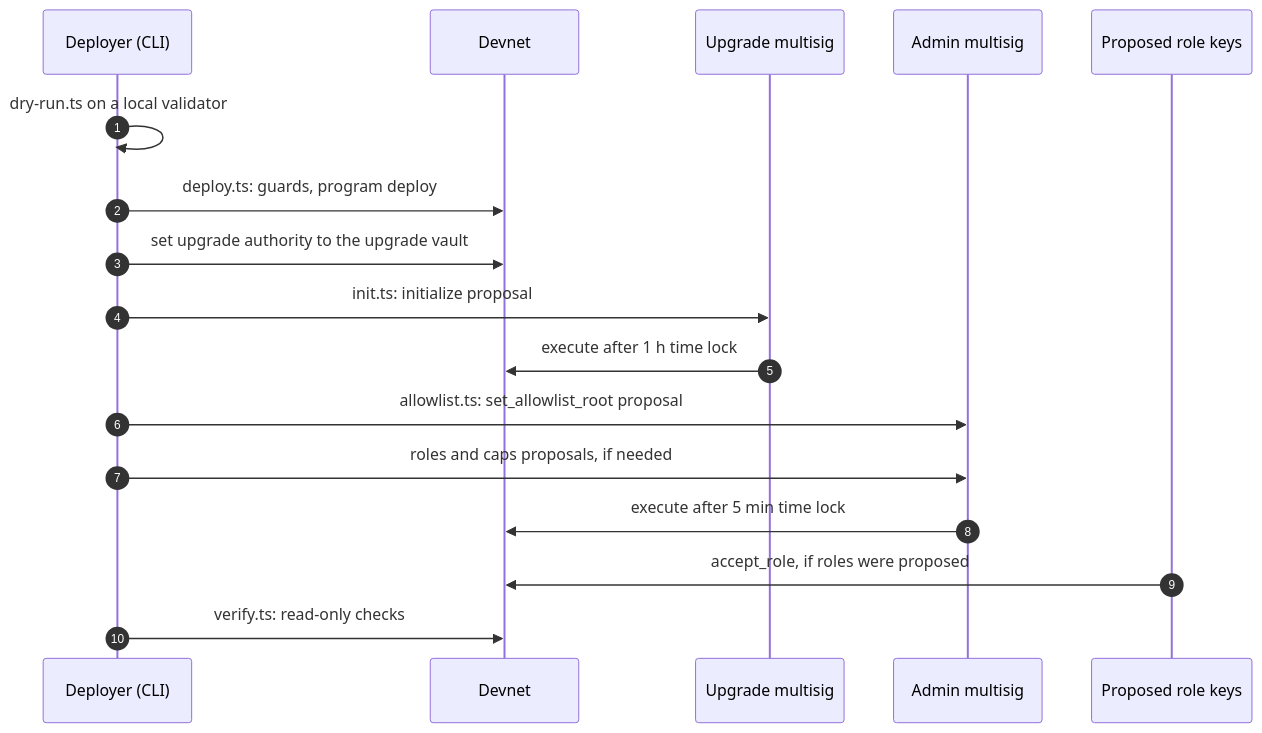
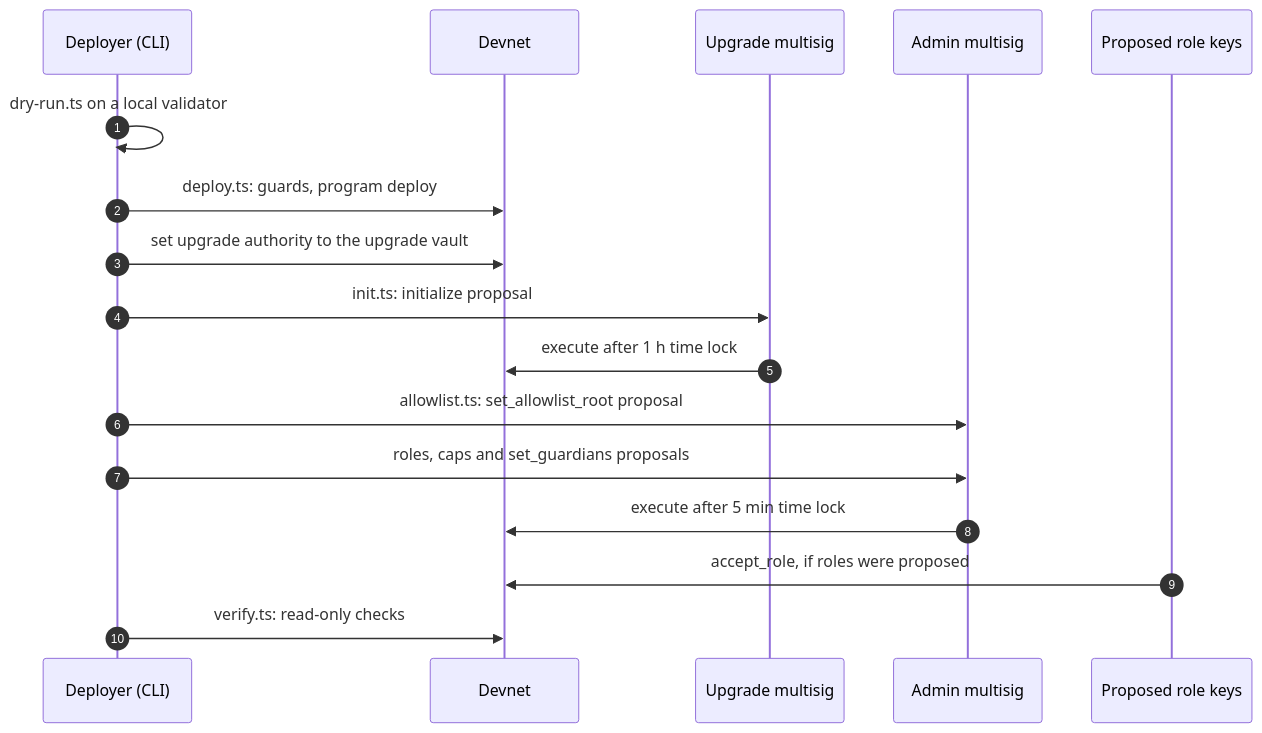
Before and after one commit to mutav-finance/mutav-protocol-solana: the first of 2 diagrams in docs/technical-resources/deployment-and-operations.md, drawn with Mermaid. The commit also changed other lines of this file and 6 other files, not shown here.

````diff
--- a/docs/technical-resources/deployment-and-operations.md
+++ b/docs/technical-resources/deployment-and-operations.md
@@ -45,19 +45,19 @@
 ```mermaid
 sequenceDiagram
   autonumber
   participant Dev as Deployer (CLI)
   participant Chain as Devnet
   participant Up as Upgrade multisig
   participant Ad as Admin multisig
   participant Keys as Proposed role keys
   Dev->>Dev: dry-run.ts on a local validator
   Dev->>Chain: deploy.ts: guards, program deploy
   Dev->>Chain: set upgrade authority to the upgrade vault
   Dev->>Up: init.ts: initialize proposal
   Up->>Chain: execute after 1 h time lock
   Dev->>Ad: allowlist.ts: set_allowlist_root proposal
-  Dev->>Ad: roles and caps proposals, if needed
+  Dev->>Ad: roles, caps and set_guardians proposals
   Ad->>Chain: execute after 5 min time lock
   Keys->>Chain: accept_role, if roles were proposed
   Dev->>Chain: verify.ts: read-only checks
 ```
````
